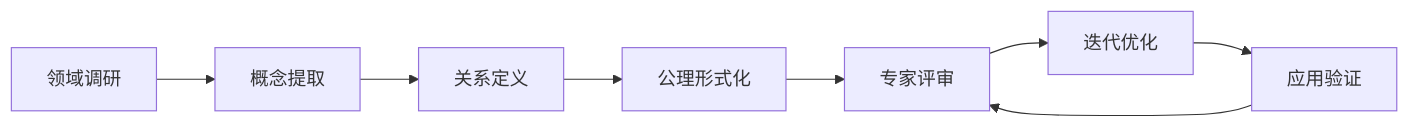
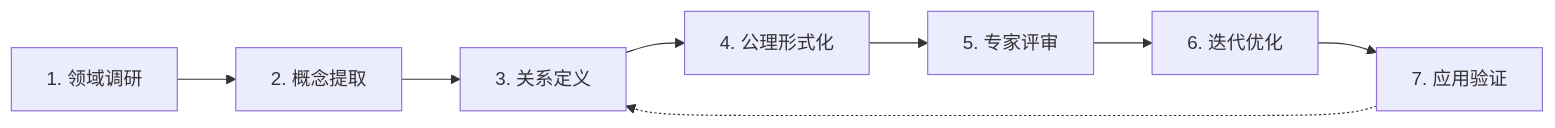
One commit to Haiyoung/AgentMemoryAtlas changed the third of 3 diagrams in ontology/00_本体论入门.md. Above: the diagram before and after it, drawn with Mermaid. The commit also changed other lines of this file, not shown here.

````diff
--- a/ontology/00_本体论入门.md
+++ b/ontology/00_本体论入门.md
@@ -267,10 +513,10 @@
 ```mermaid
 graph LR
-    A[领域调研] --> B[概念提取]
-    B --> C[关系定义]
-    C --> D[公理形式化]
-    D --> E[专家评审]
-    E --> F[迭代优化]
-    F --> G[应用验证]
-    G --> E
+    A[1. 领域调研] --> B[2. 概念提取]
+    B --> C[3. 关系定义]
+    C --> D[4. 公理形式化]
+    D --> E[5. 专家评审]
+    E --> F[6. 迭代优化]
+    F --> G[7. 应用验证]
+    G -.-> C
 ```
````
